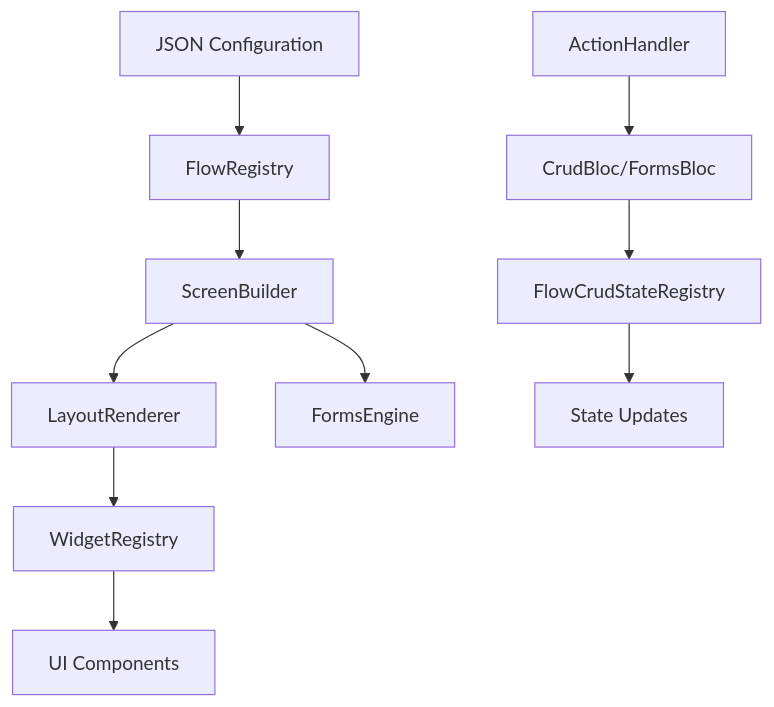
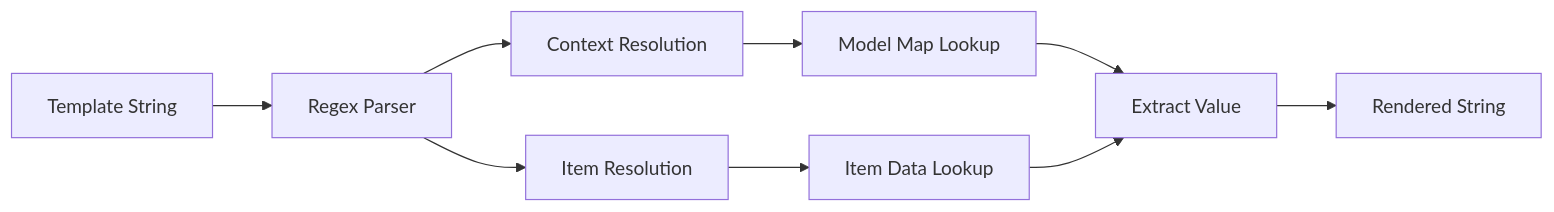
The fifth of 5 diagrams in packages/digit_flow_builder/document.md (egovernments/health-campaign-field-worker-app), drawn with Mermaid before and after one commit. The commit also changed other lines of this file, not shown here.

````diff
--- a/packages/digit_flow_builder/document.md
+++ b/packages/digit_flow_builder/document.md
@@ -11,12 +469,11 @@
 ```mermaid
-graph TB
-    A[JSON Configuration] --> B[FlowRegistry]
-    B --> C[ScreenBuilder]
-    C --> D[LayoutRenderer]
-    C --> E[FormsEngine]
-    D --> F[WidgetRegistry]
-    F --> G[UI Components]
-    H[ActionHandler] --> I[CrudBloc/FormsBloc]
-    I --> J[FlowCrudStateRegistry]
-    J --> K[State Updates]
+graph LR
+    Template[Template String] --> Parser[Regex Parser]
+    Parser --> Context[Context Resolution]
+    Parser --> Item[Item Resolution]
+    Context --> ModelMap[Model Map Lookup]
+    Item --> ItemData[Item Data Lookup]
+    ModelMap --> Value[Extract Value]
+    ItemData --> Value
+    Value --> Rendered[Rendered String]
 ```
````
